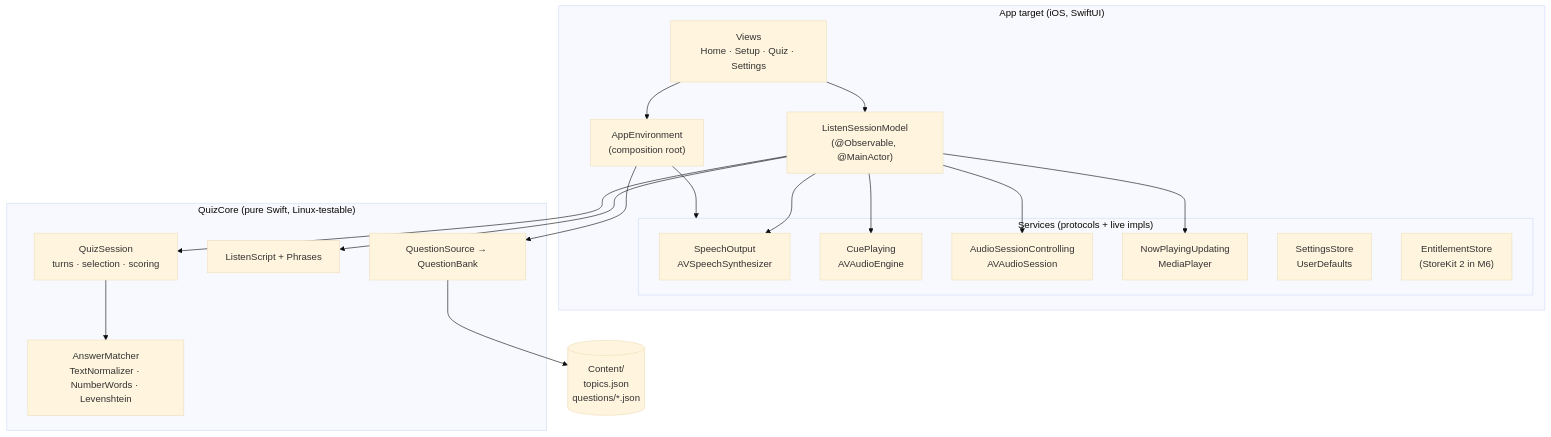
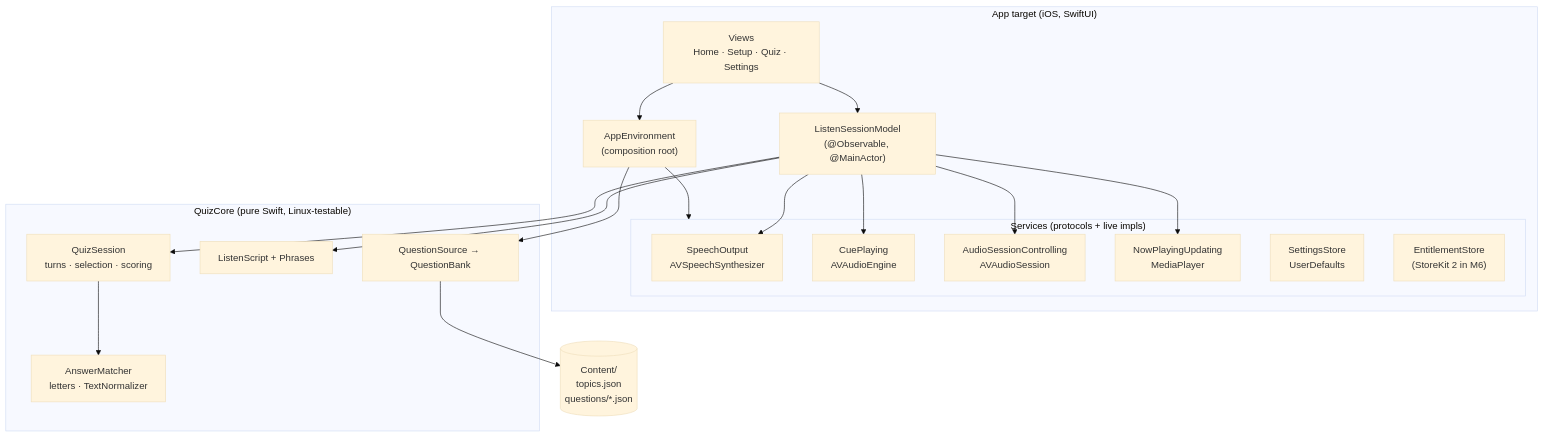
The diagram in docs/ARCHITECTURE.md (jasecena/buckleupquiz), drawn with Mermaid (base theme) before and after one commit. The commit also changed 29 other files, not shown here.

````diff
--- a/docs/ARCHITECTURE.md
+++ b/docs/ARCHITECTURE.md
@@ -6,32 +6,32 @@
 ```mermaid
 flowchart TB
   subgraph App["App target (iOS, SwiftUI)"]
     Views["Views<br/>Home · Setup · Quiz · Settings"]
     VM["ListenSessionModel<br/>(@Observable, @MainActor)"]
     Env["AppEnvironment<br/>(composition root)"]
     subgraph Services["Services (protocols + live impls)"]
       Speech["SpeechOutput<br/>AVSpeechSynthesizer"]
       Cues["CuePlaying<br/>AVAudioEngine"]
       Session["AudioSessionControlling<br/>AVAudioSession"]
       NowPlaying["NowPlayingUpdating<br/>MediaPlayer"]
       Settings["SettingsStore<br/>UserDefaults"]
       Ent["EntitlementStore<br/>(StoreKit 2 in M6)"]
     end
   end
   subgraph Core["QuizCore (pure Swift, Linux-testable)"]
     QS["QuizSession<br/>turns · selection · scoring"]
     Script["ListenScript + Phrases"]
-    Match["AnswerMatcher<br/>TextNormalizer · NumberWords · Levenshtein"]
+    Match["AnswerMatcher<br/>letters · TextNormalizer"]
     Source["QuestionSource → QuestionBank"]
   end
   Content[("Content/<br/>topics.json<br/>questions/*.json")]
 
   Views --> VM
   Views --> Env
   Env --> Services
   VM --> Speech & Cues & Session & NowPlaying
   VM --> QS & Script
   QS --> Match
   Env --> Source
   Source --> Content
 ```
````
